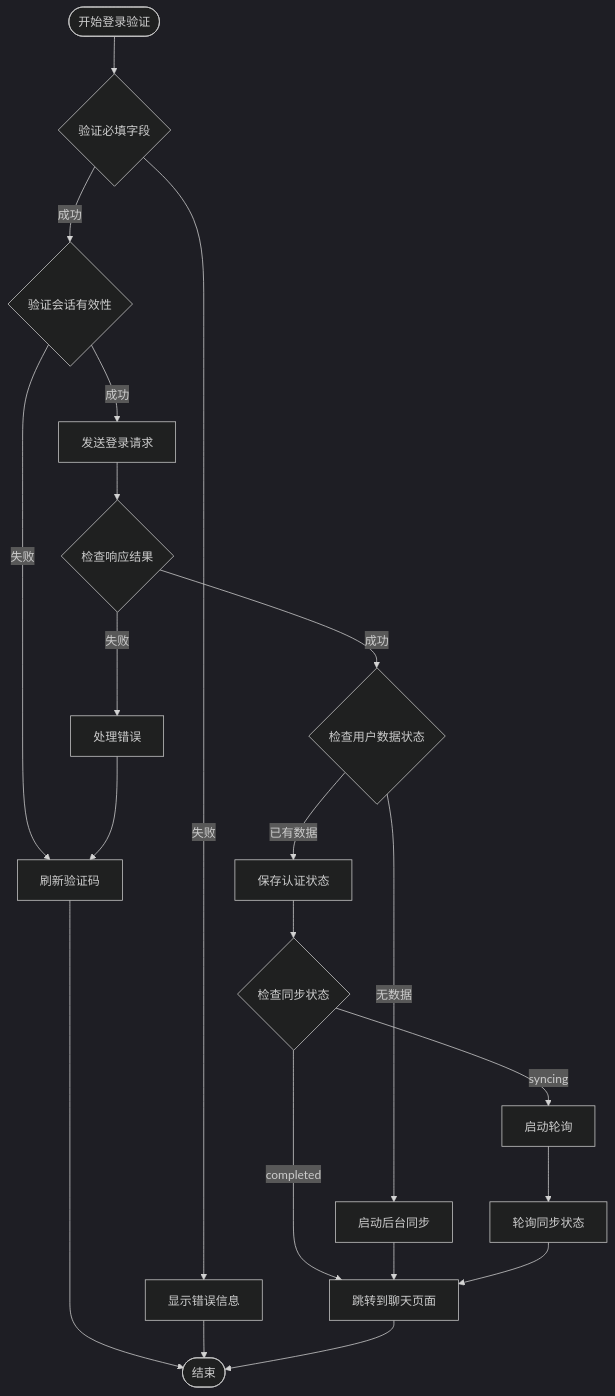
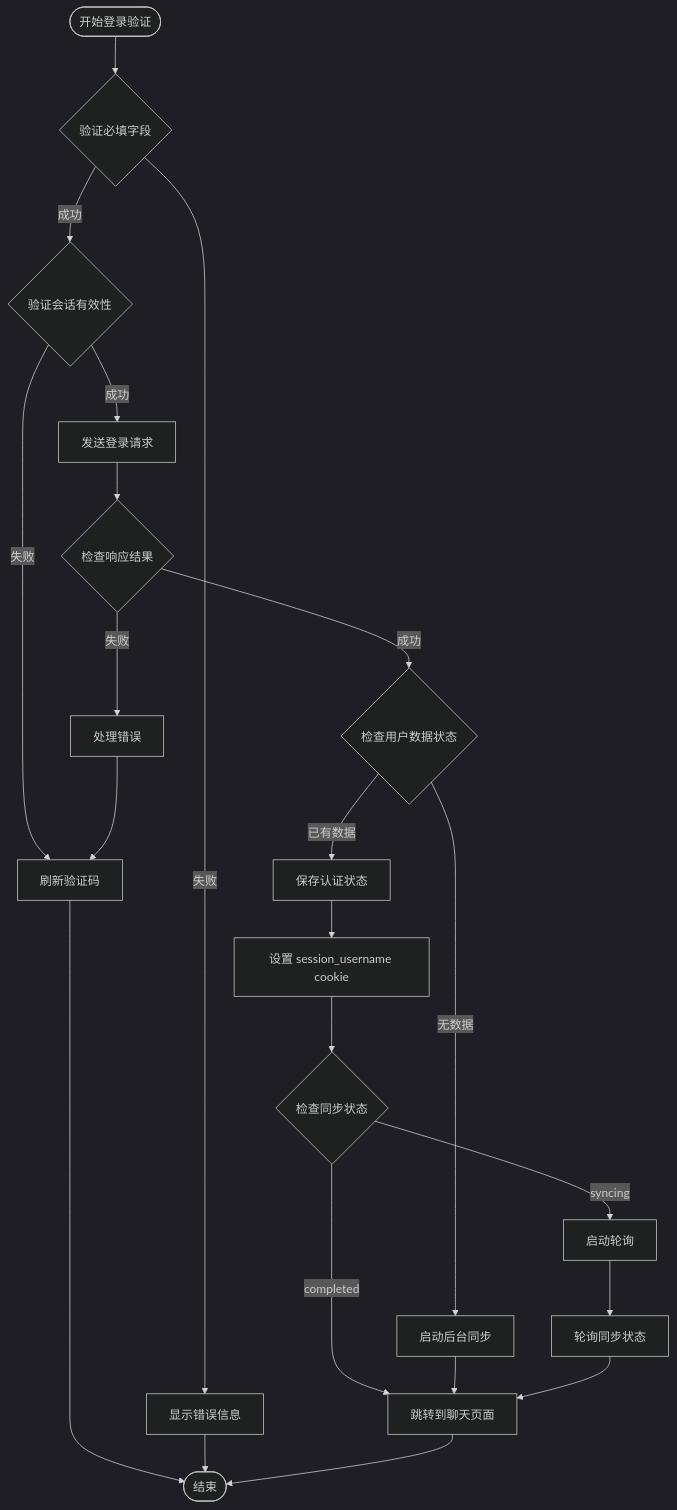
Before and after one commit to ghbbn053-ship-itsoulddog/soulddog: the sixth of 12 diagrams in .qoder/repowiki/zh/content/前端应用文档/登录页面与认证流程.md, drawn with Mermaid (dark theme). The commit also changed other lines of this file and 6 other files, not shown here.

````diff
--- a/.qoder/repowiki/zh/content/前端应用文档/登录页面与认证流程.md
+++ b/.qoder/repowiki/zh/content/前端应用文档/登录页面与认证流程.md
@@ -276,23 +336,24 @@
 ```mermaid
 flowchart TD
 Start([开始登录验证]) --> ValidateFields{验证必填字段}
 ValidateFields --> |失败| ShowError[显示错误信息]
 ValidateFields --> |成功| ValidateSession{验证会话有效性}
 ValidateSession --> |失败| RefreshCaptcha[刷新验证码]
 ValidateSession --> |成功| SendRequest[发送登录请求]
 RefreshCaptcha --> End([结束])
 ShowError --> End
 SendRequest --> CheckResponse{检查响应结果}
 CheckResponse --> |成功| CheckUserData{检查用户数据状态}
 CheckUserData --> |已有数据| SaveAuth[保存认证状态]
 CheckUserData --> |无数据| StartSync[启动后台同步]
 CheckResponse --> |失败| HandleError[处理错误]
-SaveAuth --> CheckSyncStatus{检查同步状态}
+SaveAuth --> SetSessionCookie[设置 session_username cookie]
+SetSessionCookie --> CheckSyncStatus{检查同步状态}
 CheckSyncStatus --> |completed| Navigate[跳转到聊天页面]
 CheckSyncStatus --> |syncing| StartPolling[启动轮询]
 HandleError --> RefreshCaptcha
 StartSync --> Navigate
 StartPolling --> PollStatus[轮询同步状态]
 PollStatus --> Navigate
 Navigate --> End
 ```
````
